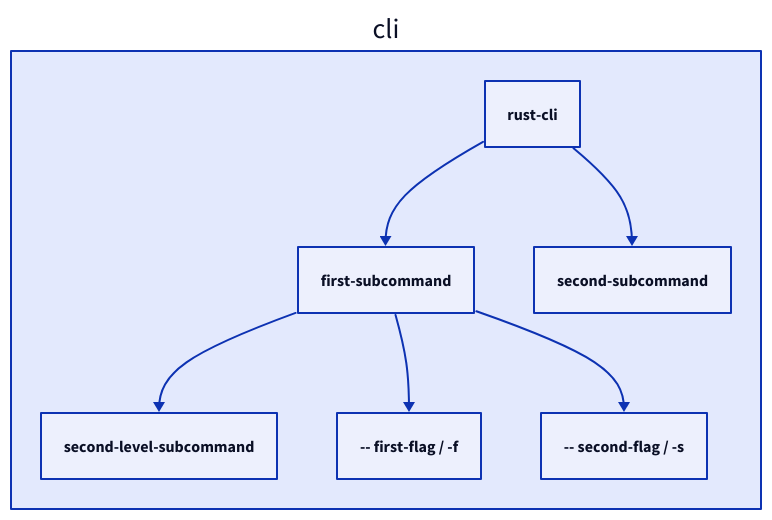
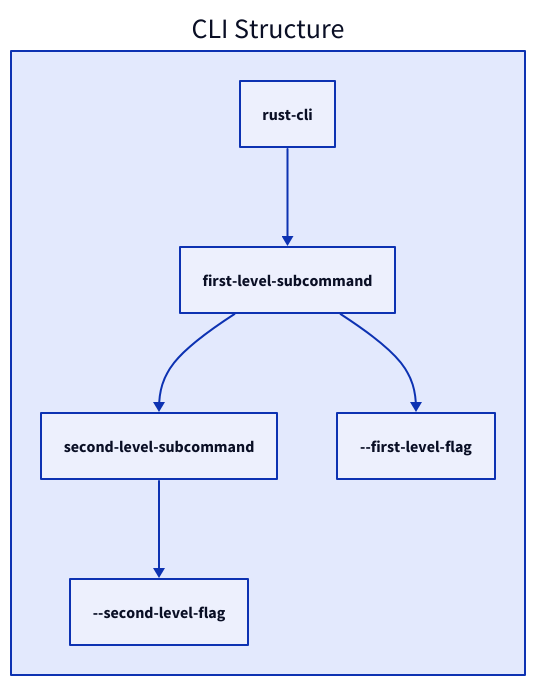
Before and after one commit to Jojograndjojo/rust-cli: the diagram in cli.d2, drawn with D2. The commit also changed 4 other files, not shown here.

Commit message:
feat: cli print help when second flag is empty

```diff
--- a/cli.d2
+++ b/cli.d2
@@ -1,14 +1,13 @@
+cli: CLI Structure
 cli: {
     main_command: rust-cli
-    first_sub_command: first-subcommand
-    second_sub_command: second-subcommand
-    first_sub_command_subcommand: second-level-subcommand
-    first_sub_command_first_flag: -- first-flag / -f
-    first_sub_command_second_flag: -- second-flag / -s
+    first_level_sub_command: first-level-subcommand
+    second_level_sub_command: second-level-subcommand
+    first_level_flag: --first-level-flag
+    second_level_flag: --second-level-flag
 
-    main_command -> first_sub_command
-    main_command -> second_sub_command
-    first_sub_command -> first_sub_command_subcommand
-    first_sub_command -> first_sub_command_first_flag
-    first_sub_command -> first_sub_command_second_flag
+    main_command -> first_level_sub_command
+    first_level_sub_command -> second_level_sub_command
+    first_level_sub_command -> first_level_flag
+    second_level_sub_command -> second_level_flag
 }
```
